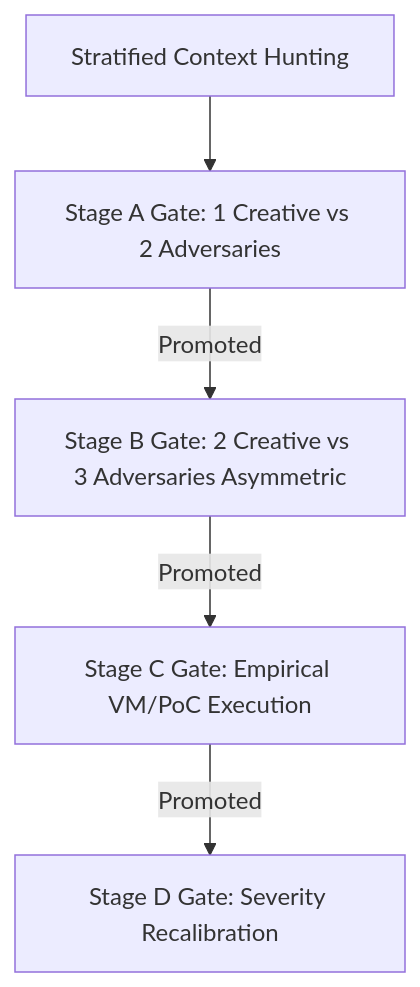
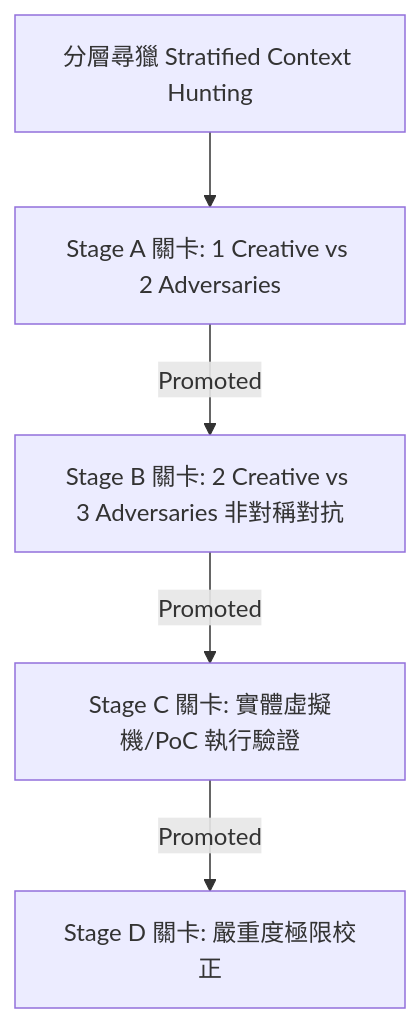
One commit to dimx9173/swarm-driven-agent changed the diagram in template/modular/SKILL.md. Above: the diagram before and after it, drawn with Mermaid. The commit also changed other lines of this file and 11 other files, not shown here.

````diff
--- a/template/modular/SKILL.md
+++ b/template/modular/SKILL.md
@@ -127,7 +131,7 @@
 ```mermaid
 graph TD
-    A[Stratified Context Hunting] --> B[Stage A Gate: 1 Creative vs 2 Adversaries]
-    B -- Promoted --> C[Stage B Gate: 2 Creative vs 3 Adversaries Asymmetric]
-    C -- Promoted --> D[Stage C Gate: Empirical VM/PoC Execution]
-    D -- Promoted --> E[Stage D Gate: Severity Recalibration]
+    A[分層尋獵 Stratified Context Hunting] --> B[Stage A 關卡: 1 Creative vs 2 Adversaries]
+    B -- Promoted --> C[Stage B 關卡: 2 Creative vs 3 Adversaries 非對稱對抗]
+    C -- Promoted --> D[Stage C 關卡: 實體虛擬機/PoC 執行驗證]
+    D -- Promoted --> E[Stage D 關卡: 嚴重度極限校正]
 ```
````
